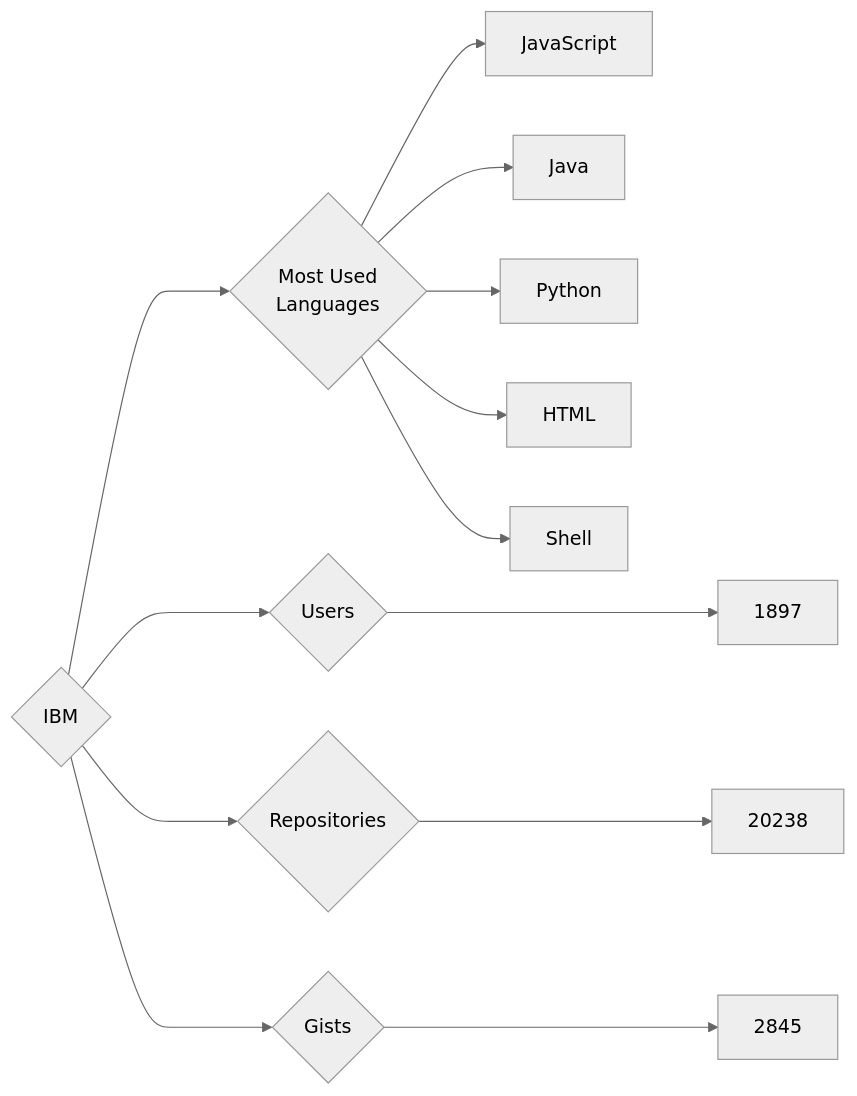
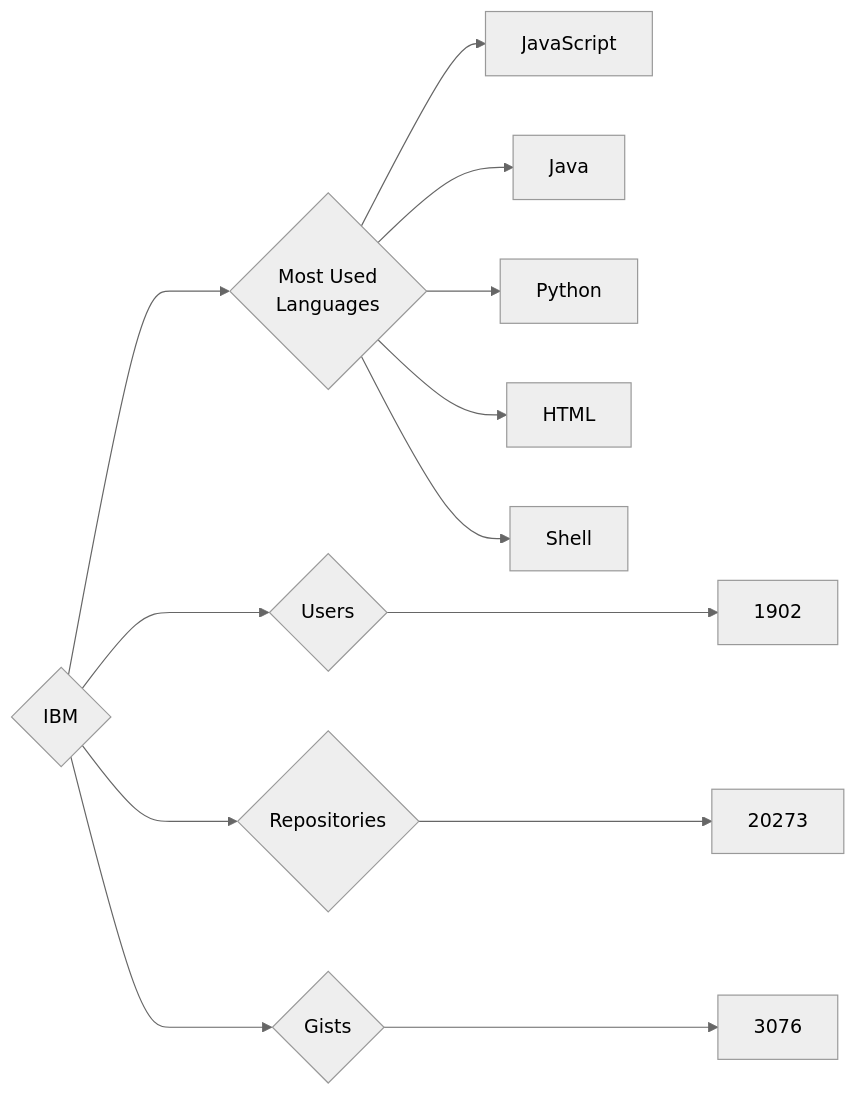
One commit to trickest/insiders changed the diagram in targets/IBM/README.md. Above: the diagram before and after it, drawn with Mermaid (neutral theme). The commit also changed 772 other files, not shown here.

````diff
--- a/targets/IBM/README.md
+++ b/targets/IBM/README.md
@@ -3,13 +3,13 @@
 ```mermaid
 graph LR
 COMPANY_NAME{IBM}
-COMPANY_NAME ---> U{Users} ---> UN[1897]
-COMPANY_NAME ---> R{Repositories} ---> RN[20238]
-COMPANY_NAME ---> G{Gists} ---> GN[2845]
+COMPANY_NAME ---> U{Users} ---> UN[1902]
+COMPANY_NAME ---> R{Repositories} ---> RN[20273]
+COMPANY_NAME ---> G{Gists} ---> GN[3076]
 COMPANY_NAME ---> ML{Most Used<br>Languages}
 ML --> JavaScript[JavaScript]
 ML --> Java[Java]
 ML --> Python[Python]
 ML --> HTML[HTML]
 ML --> Shell[Shell]
 ```
````
